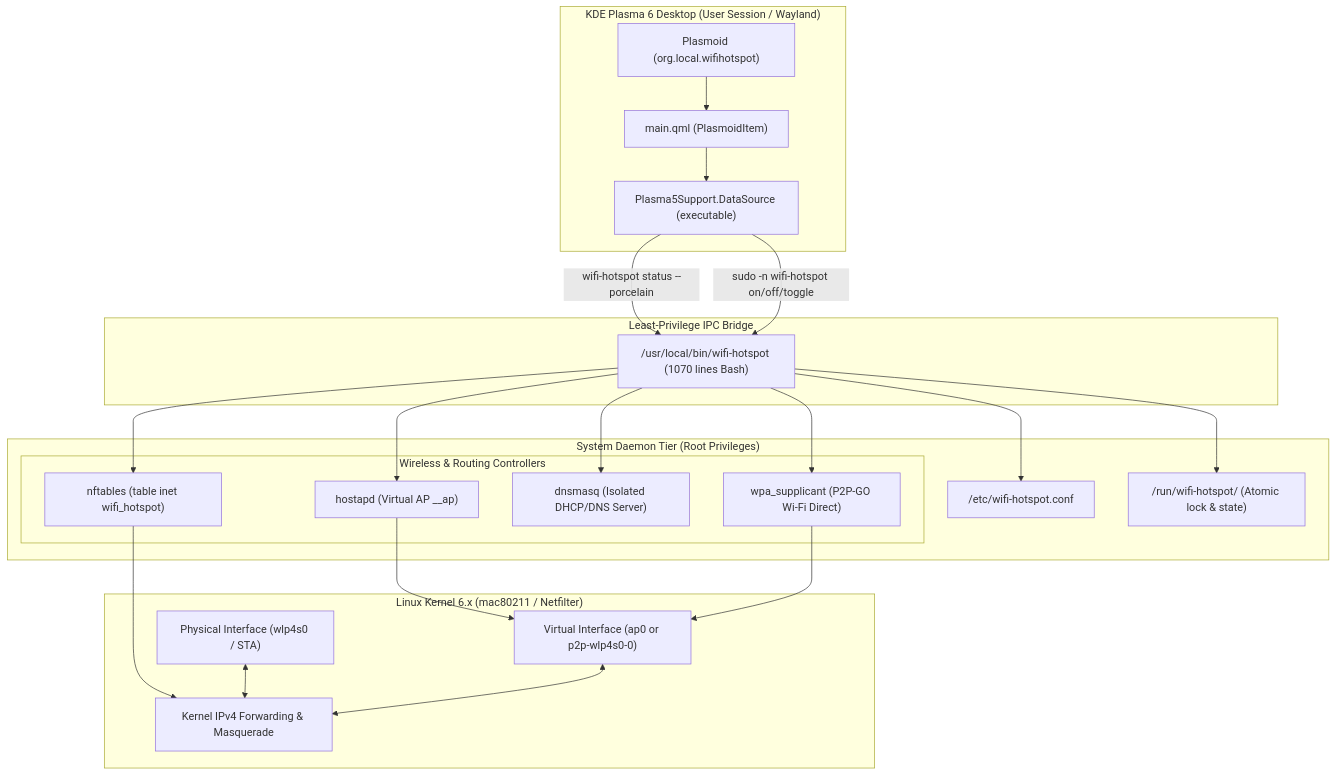
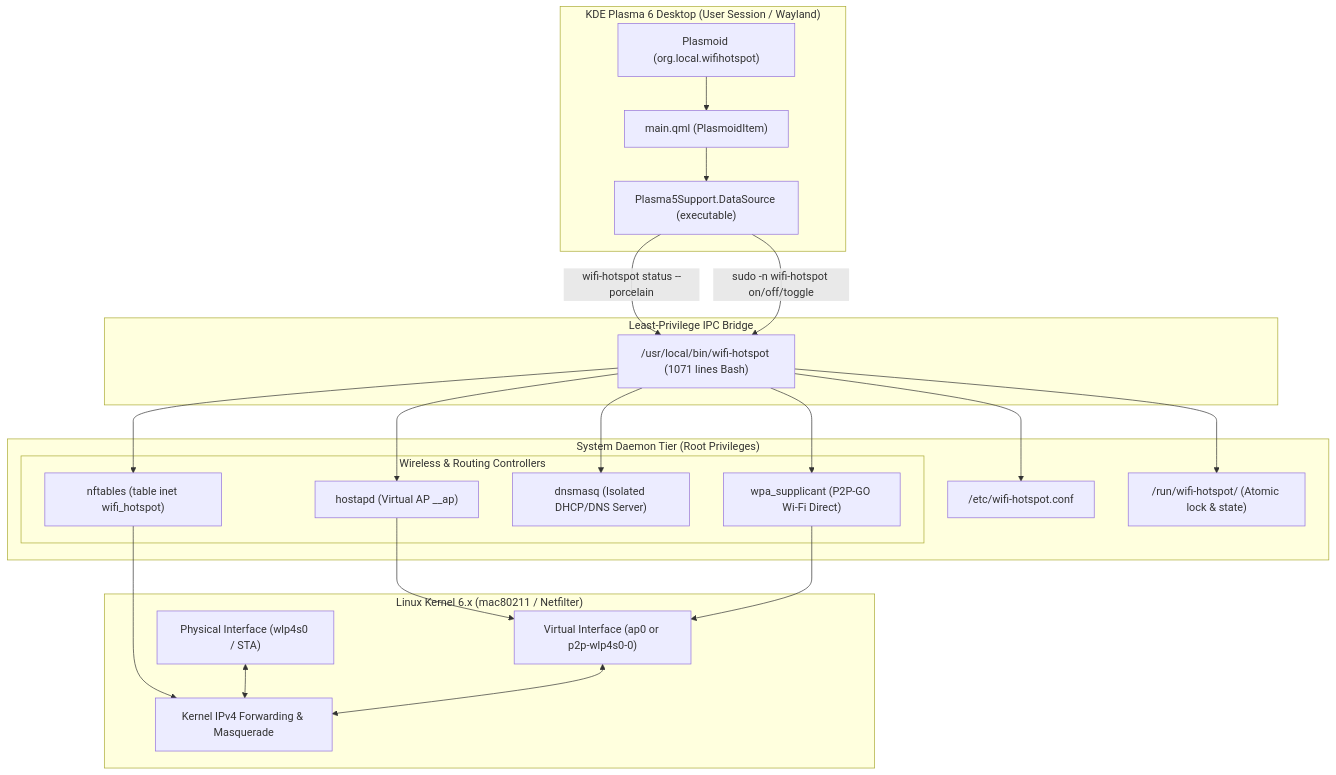
Before and after one commit to bowo-ltd/plasma-concurrent-wifi-hotspot: the diagram in docs/CASE_STUDY.md, drawn with Mermaid. The commit also changed 4 other files, not shown here.

Commit message:
docs(widget): fix template pollTimer binding and sync architecture/DNS/polling docs

````diff
--- a/docs/CASE_STUDY.md
+++ b/docs/CASE_STUDY.md
@@ -44,48 +44,48 @@
 ```mermaid
 flowchart TD
     subgraph UserSpace["KDE Plasma 6 Desktop (User Session / Wayland)"]
         Widget["Plasmoid (org.local.wifihotspot)"]
         QML["main.qml (PlasmoidItem)"]
         DataEngine["Plasma5Support.DataSource (executable)"]
         Widget --> QML
         QML --> DataEngine
     end
 
     subgraph IPC["Least-Privilege IPC Bridge"]
         DataEngine -- "wifi-hotspot status --porcelain" --> CLI
         DataEngine -- "sudo -n wifi-hotspot on/off/toggle" --> CLI
     end
 
     subgraph RootSpace["System Daemon Tier (Root Privileges)"]
-        CLI["/usr/local/bin/wifi-hotspot (1070 lines Bash)"]
+        CLI["/usr/local/bin/wifi-hotspot (1071 lines Bash)"]
         Conf["/etc/wifi-hotspot.conf"]
         State["/run/wifi-hotspot/ (Atomic lock & state)"]
         
         CLI --> Conf
         CLI --> State
         
         subgraph NetworkEngines["Wireless & Routing Controllers"]
             Hostapd["hostapd (Virtual AP __ap)"]
             WpaSupp["wpa_supplicant (P2P-GO Wi-Fi Direct)"]
             Dnsmasq["dnsmasq (Isolated DHCP/DNS Server)"]
             NFT["nftables (table inet wifi_hotspot)"]
         end
         
         CLI --> Hostapd
         CLI --> WpaSupp
         CLI --> Dnsmasq
         CLI --> NFT
     end
 
     subgraph Kernel["Linux Kernel 6.x (mac80211 / Netfilter)"]
         Upstream["Physical Interface (wlp4s0 / STA)"]
         Virtual["Virtual Interface (ap0 or p2p-wlp4s0-0)"]
         NAT["Kernel IPv4 Forwarding & Masquerade"]
     end
 
     Hostapd --> Virtual
     WpaSupp --> Virtual
     NFT --> NAT
     Upstream <--> NAT
     Virtual <--> NAT
 ```
````
